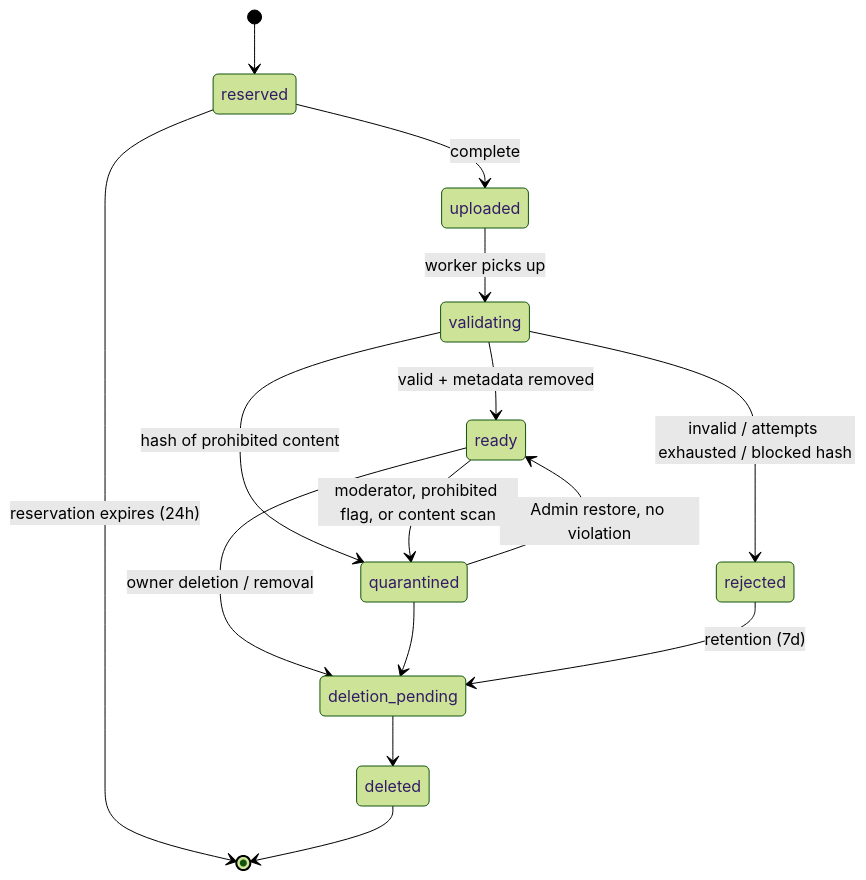
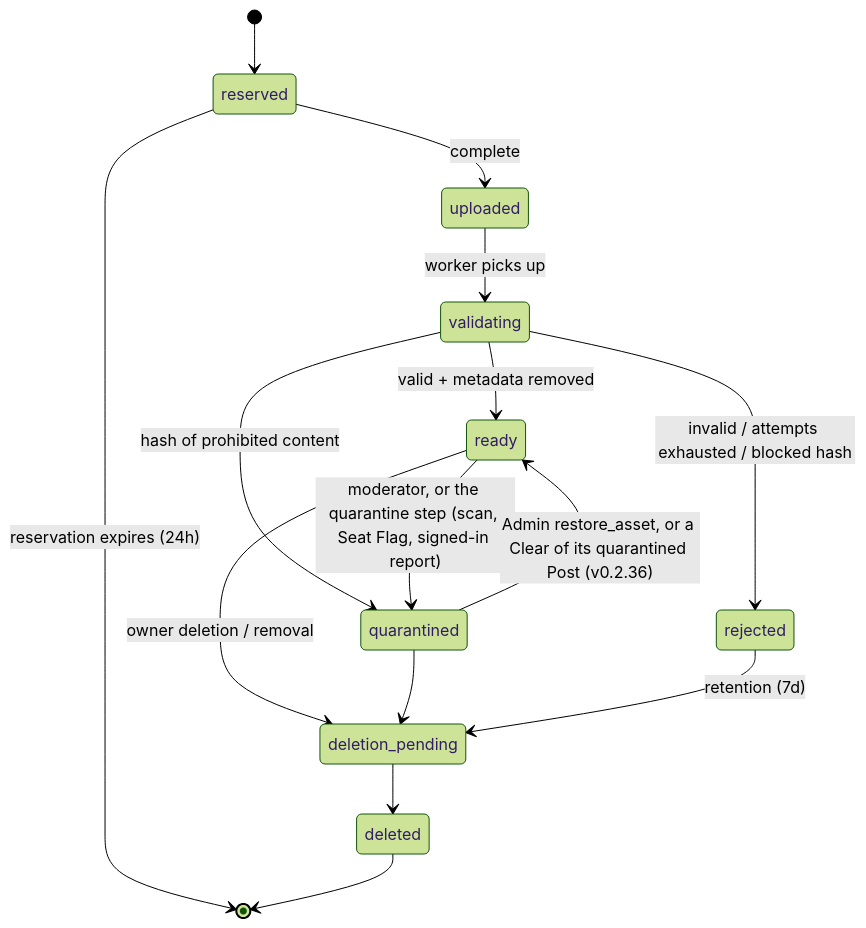
Before and after one commit to Zero-State-LLC/JChain: the first of 2 diagrams in docs/SPEC.md, drawn with Mermaid (forest theme). The commit also changed other lines of this file and 39 other files, not shown here.

````diff
--- a/docs/SPEC.md
+++ b/docs/SPEC.md
@@ -192,17 +192,17 @@
 ```mermaid
 stateDiagram-v2
   [*] --> reserved
   reserved --> uploaded: complete
   reserved --> [*]: reservation expires (24h)
   uploaded --> validating: worker picks up
   validating --> ready: valid + metadata removed
   validating --> rejected: invalid / attempts exhausted / blocked hash
   validating --> quarantined: hash of prohibited content
-  ready --> quarantined: moderator, prohibited flag, or content scan
-  quarantined --> ready: Admin restore, no violation
+  ready --> quarantined: moderator, or the quarantine step (scan, Seat Flag, signed-in report)
+  quarantined --> ready: Admin restore_asset, or a Clear of its quarantined Post (v0.2.36)
   ready --> deletion_pending: owner deletion / removal
   quarantined --> deletion_pending
   rejected --> deletion_pending: retention (7d)
   deletion_pending --> deleted
   deleted --> [*]
 ```
````
